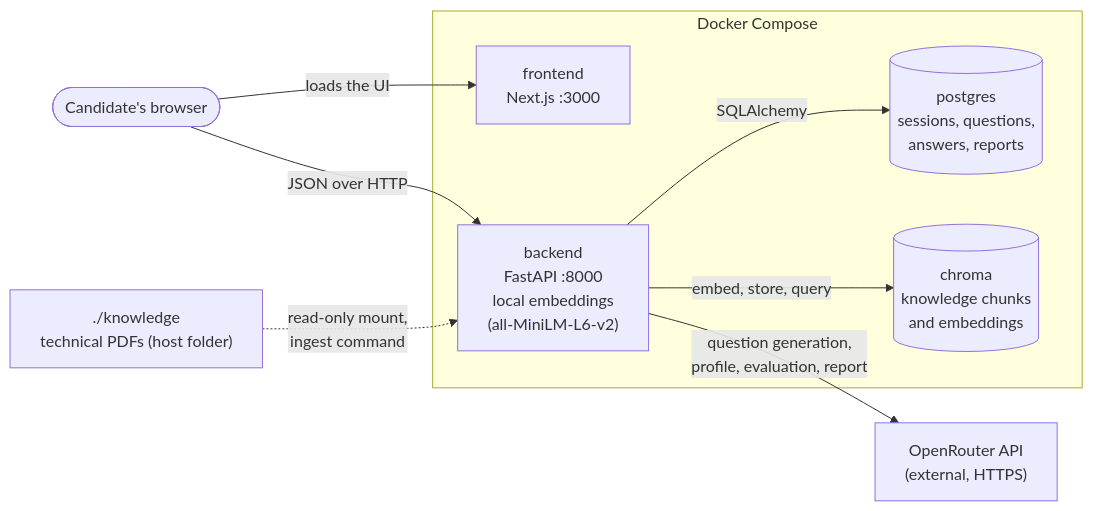
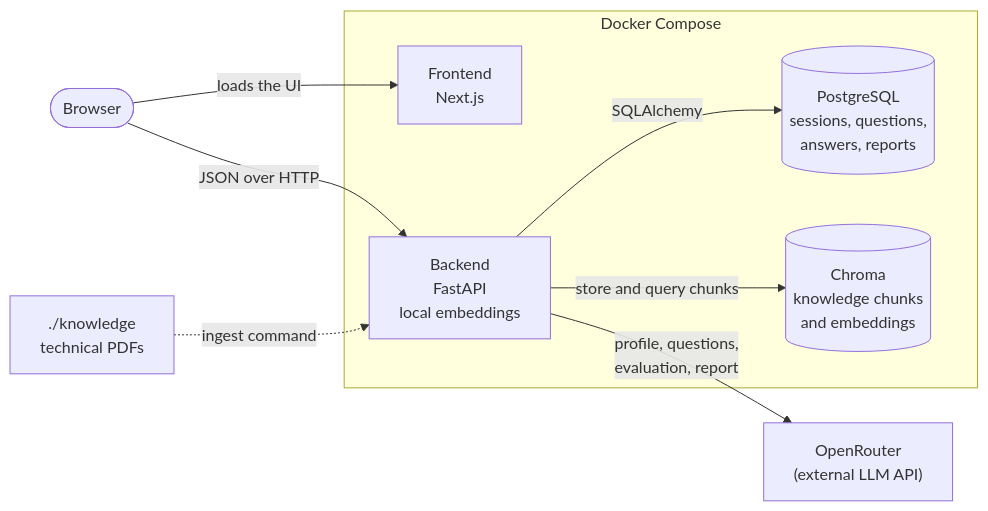
One commit to Guna-Asher/AI-Technical-Interview changed the diagram in README.md. Above: the diagram before and after it, drawn with Mermaid. The commit also changed other lines of this file, not shown here.

````diff
--- a/README.md
+++ b/README.md
@@ -39,20 +32,20 @@
 ```mermaid
 flowchart LR
-    user(["Candidate's browser"])
-    kb["./knowledge<br/>technical PDFs (host folder)"]
-    openrouter["OpenRouter API<br/>(external, HTTPS)"]
+    user(["Browser"])
+    kb["./knowledge<br/>technical PDFs"]
+    openrouter["OpenRouter<br/>(external LLM API)"]
 
     subgraph compose ["Docker Compose"]
-        frontend["frontend<br/>Next.js :3000"]
-        backend["backend<br/>FastAPI :8000<br/>local embeddings<br/>(all-MiniLM-L6-v2)"]
-        postgres[("postgres<br/>sessions, questions,<br/>answers, reports")]
-        chroma[("chroma<br/>knowledge chunks<br/>and embeddings")]
+        frontend["Frontend<br/>Next.js"]
+        backend["Backend<br/>FastAPI<br/>local embeddings"]
+        postgres[("PostgreSQL<br/>sessions, questions,<br/>answers, reports")]
+        chroma[("Chroma<br/>knowledge chunks<br/>and embeddings")]
     end
 
     user -->|"loads the UI"| frontend
     user -->|"JSON over HTTP"| backend
     backend -->|"SQLAlchemy"| postgres
-    backend -->|"embed, store, query"| chroma
-    backend -->|"question generation,<br/>profile, evaluation, report"| openrouter
-    kb -.->|"read-only mount,<br/>ingest command"| backend
+    backend -->|"store and query chunks"| chroma
+    backend -->|"profile, questions,<br/>evaluation, report"| openrouter
+    kb -.->|"ingest command"| backend
 ```
````
